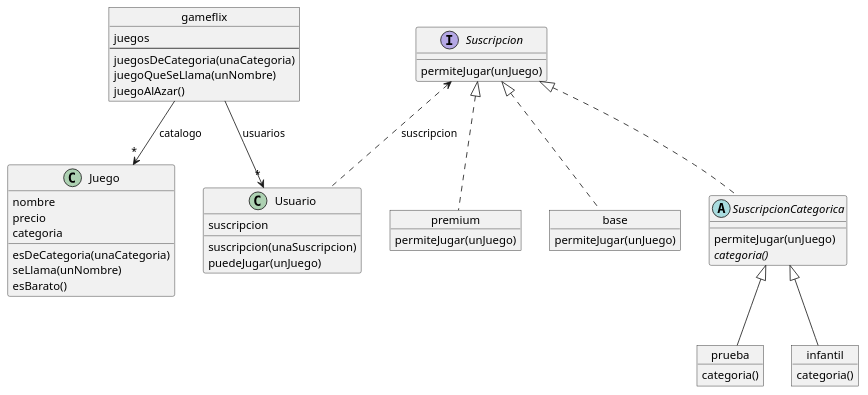
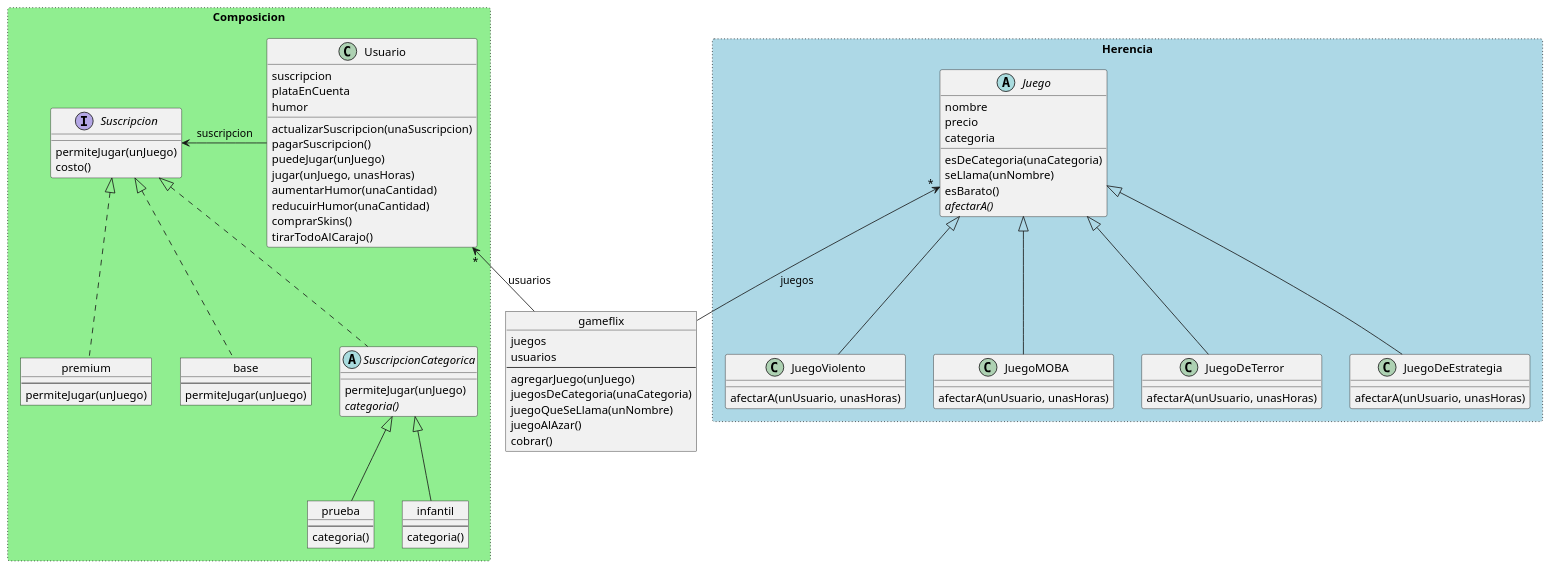
Before and after one commit to JuliKoro/objetos-pdep: the diagram in Gameflix/diagramaDeClases.puml, drawn with PlantUML. The commit also changed 5 other files, not shown here.

```diff
--- a/Gameflix/diagramaDeClases.puml
+++ b/Gameflix/diagramaDeClases.puml
@@ -1,63 +1,98 @@
 @startuml
 
 object gameflix {
 	juegos
---
+	usuarios
+	--
+	agregarJuego(unJuego)
 	juegosDeCategoria(unaCategoria)
 	juegoQueSeLlama(unNombre)
 	juegoAlAzar()
+	cobrar()
 }
 
-class Juego {
-	nombre
-	precio
-	categoria
+rectangle Herencia #lightblue;line.dotted {
+	abstract class Juego {
+		nombre
+		precio
+		categoria
 
-	esDeCategoria(unaCategoria)
-	seLlama(unNombre)
-	esBarato()
+		esDeCategoria(unaCategoria)
+		seLlama(unNombre)
+		esBarato()
+		{abstract} afectarA()
+	}
+
+	class JuegoViolento extends Juego {
+		afectarA(unUsuario, unasHoras)
+	}
+
+	class JuegoMOBA extends Juego {
+		afectarA(unUsuario, unasHoras)
+	}
+
+	class JuegoDeTerror extends Juego {
+		afectarA(unUsuario, unasHoras)
+	}
+
+	class JuegoDeEstrategia extends Juego {
+		afectarA(unUsuario, unasHoras)
+	}
 }
 
-class Usuario {
-	suscripcion
+rectangle Composicion #lightgreen;line.dotted {
+	class Usuario {
+		suscripcion
+		plataEnCuenta
+		humor
 
-	suscripcion(unaSuscripcion)
-	puedeJugar(unJuego)
-}
+		actualizarSuscripcion(unaSuscripcion)
+		pagarSuscripcion()
+		puedeJugar(unJuego)
+		jugar(unJuego, unasHoras)
+		aumentarHumor(unaCantidad)
+		reducuirHumor(unaCantidad)
+		comprarSkins()
+		tirarTodoAlCarajo()
+	}
 
-object premium {
-	permiteJugar(unJuego)
-}
+	object premium {
+		--
+		permiteJugar(unJuego)
+	}
 
-object base {
-	permiteJugar(unJuego)
-}
+	object base {
+		--
+		permiteJugar(unJuego)
+	}
 
-interface Suscripcion {
-	permiteJugar(unJuego)
-}
+	interface Suscripcion {
+		permiteJugar(unJuego)
+		costo()
+	}
 
-abstract class SuscripcionCategorica implements Suscripcion {
-	permiteJugar(unJuego)
-	{abstract} categoria()
-}
+	abstract class SuscripcionCategorica implements Suscripcion {
+		permiteJugar(unJuego)
+		{abstract} categoria()
+	}
 
-object prueba {
-	categoria()
-}
+	object prueba {
+		--
+		categoria()
+	}
 
-object infantil {
-	categoria()
+	object infantil {
+		--
+		categoria()
+	}
 }
 
 SuscripcionCategorica <|-- prueba
 SuscripcionCategorica <|-- infantil
 Suscripcion <|.. premium
 Suscripcion <|.. base
-Suscripcion <.. Usuario : suscripcion
-
-Juego "*" <-up- gameflix : catalogo
-Usuario "*" <-up- gameflix : usuarios
-
+Suscripcion <-r- Usuario : suscripcion
+Juego "*" <-d- gameflix : juegos
+Usuario "*" <-d- gameflix : usuarios
 
 @enduml
```
